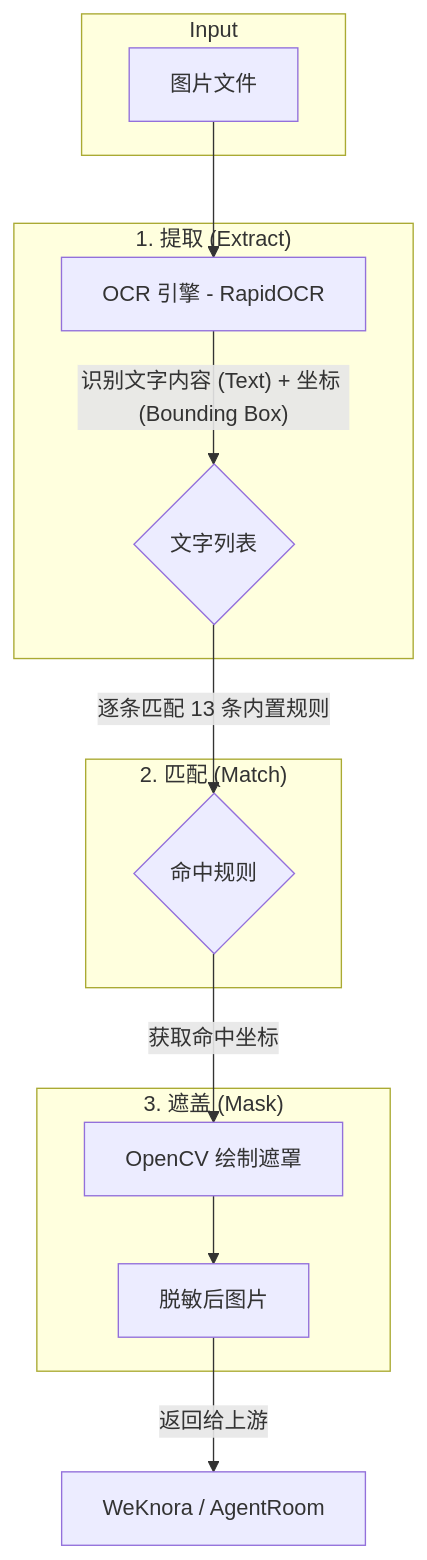
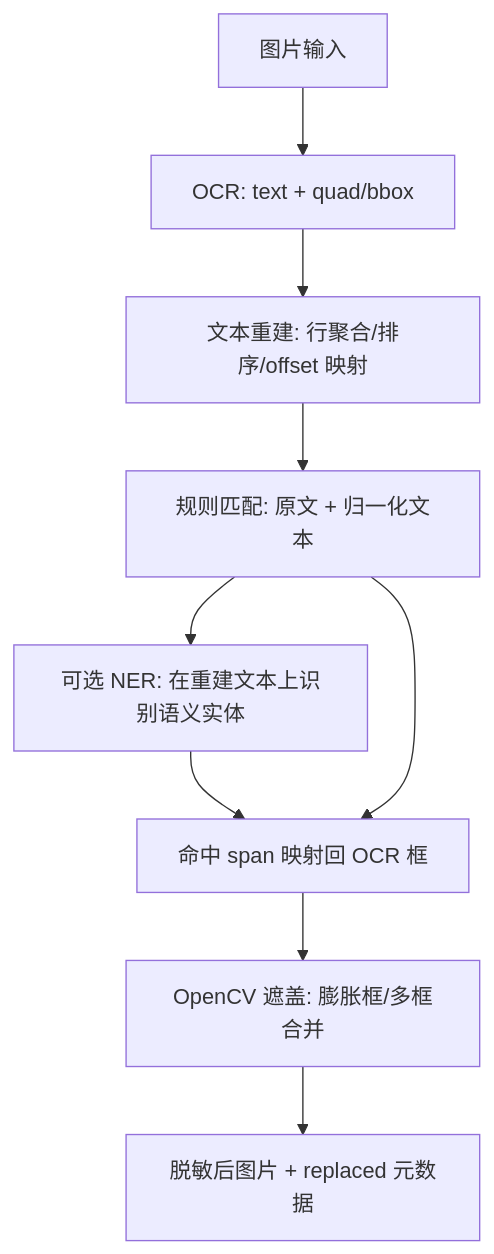
One commit to ictrektech/desensitize changed the diagram in docs/image_desensitization_plan.md. Above: the diagram before and after it, drawn with Mermaid. The commit also changed other lines of this file and 25 other files, not shown here.

````diff
--- a/docs/image_desensitization_plan.md
+++ b/docs/image_desensitization_plan.md
@@ -27,22 +63,11 @@
 ```mermaid
 graph TD
-    subgraph "Input"
-        A[图片文件]
-    end
-
-    subgraph "1. 提取 (Extract)"
-        B[OCR 引擎 - RapidOCR] -- "识别文字内容 (Text) + 坐标 (Bounding Box)" --> C{文字列表};
-    end
-
-    subgraph "2. 匹配 (Match)"
-        C -- "逐条匹配 13 条内置规则" --> D{命中规则};
-    end
-    
-    subgraph "3. 遮盖 (Mask)"
-        D -- "获取命中坐标" --> E[OpenCV 绘制遮罩];
-        E --> F[脱敏后图片];
-    end
-
-    A --> B;
-    F -- "返回给上游" --> G[WeKnora / AgentRoom]
+    A[图片输入] --> B[OCR: text + quad/bbox]
+    B --> C[文本重建: 行聚合/排序/offset 映射]
+    C --> D[规则匹配: 原文 + 归一化文本]
+    D --> E[可选 NER: 在重建文本上识别语义实体]
+    E --> F[命中 span 映射回 OCR 框]
+    D --> F
+    F --> G[OpenCV 遮盖: 膨胀框/多框合并]
+    G --> H[脱敏后图片 + replaced 元数据]
 ```
````
